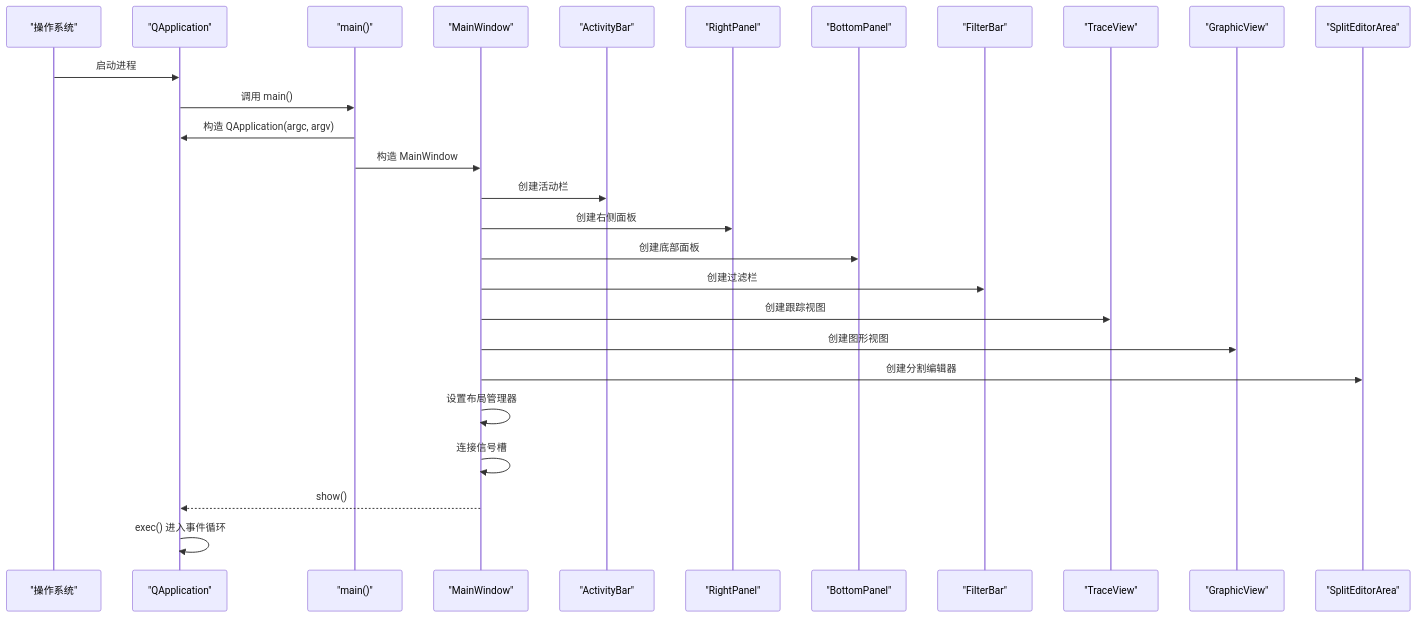
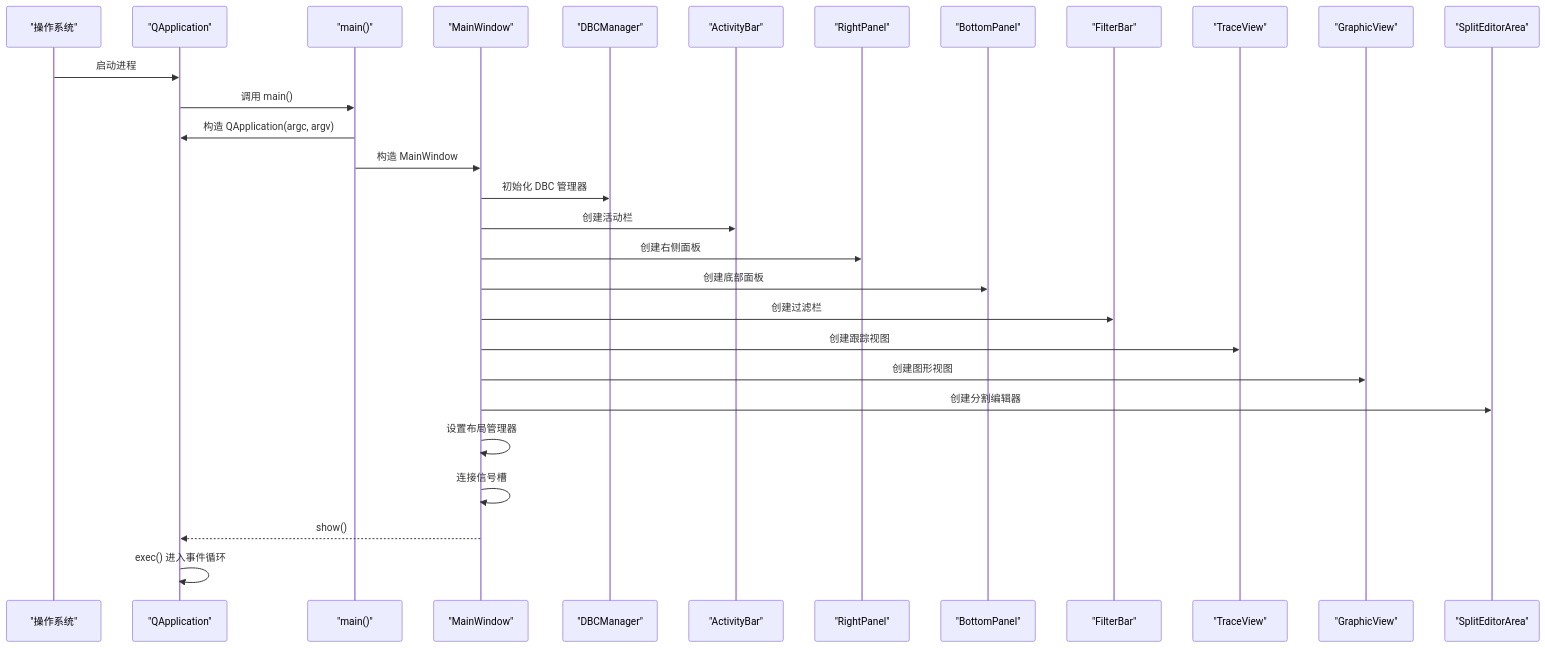
Before and after one commit to jakecai1225-design/OpenBus: the second of 5 diagrams in .qoder/repowiki/zh/content/核心模块详解/主窗口组件.md, drawn with Mermaid. The commit also changed other lines of this file and 215 other files, not shown here.

````diff
--- a/.qoder/repowiki/zh/content/核心模块详解/主窗口组件.md
+++ b/.qoder/repowiki/zh/content/核心模块详解/主窗口组件.md
@@ -109,29 +112,31 @@
 ```mermaid
 sequenceDiagram
 participant OS as "操作系统"
 participant App as "QApplication"
 participant Main as "main()"
 participant MW as "MainWindow"
+participant DBM as "DBCManager"
 participant AB as "ActivityBar"
 participant RP as "RightPanel"
 participant BP as "BottomPanel"
 participant FB as "FilterBar"
 participant TV as "TraceView"
 participant GV as "GraphicView"
 participant SEA as "SplitEditorArea"
 OS->>App : 启动进程
 App->>Main : 调用 main()
 Main->>App : 构造 QApplication(argc, argv)
 Main->>MW : 构造 MainWindow
+MW->>DBM : 初始化 DBC 管理器
 MW->>AB : 创建活动栏
 MW->>RP : 创建右侧面板
 MW->>BP : 创建底部面板
 MW->>FB : 创建过滤栏
 MW->>TV : 创建跟踪视图
 MW->>GV : 创建图形视图
 MW->>SEA : 创建分割编辑器
 MW->>MW : 设置布局管理器
 MW->>MW : 连接信号槽
 MW-->>App : show()
 App->>App : exec() 进入事件循环
 ```
````
